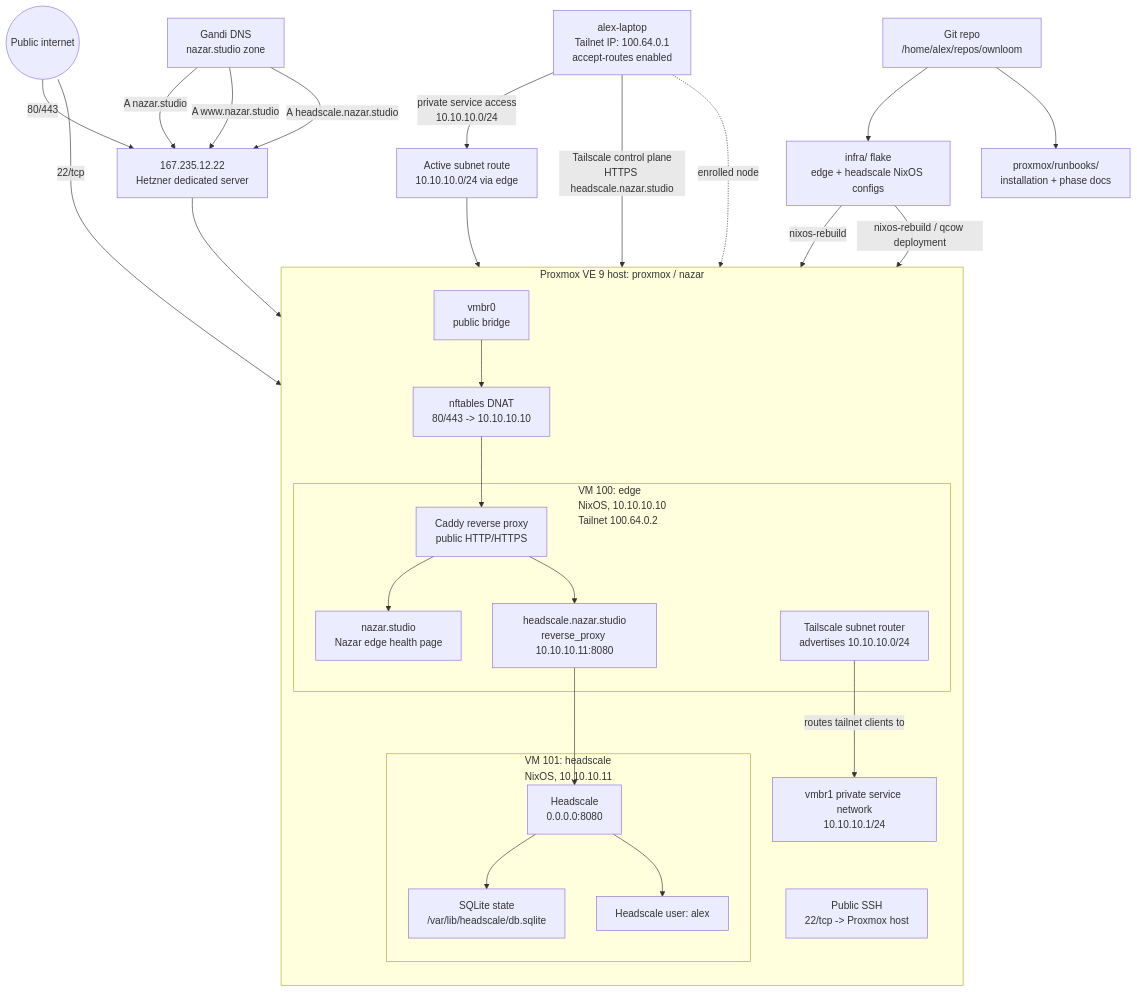
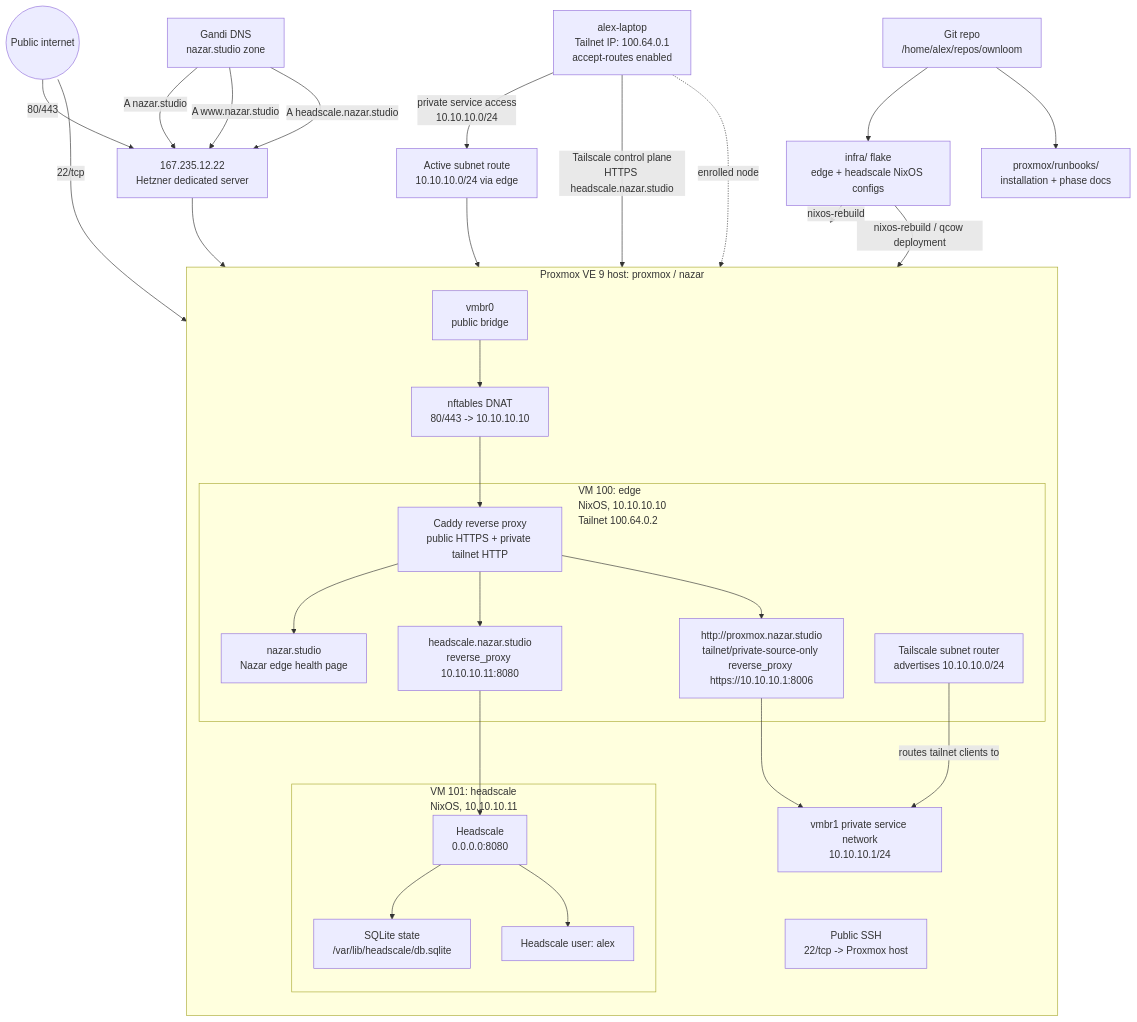
One commit to piBloom/pi-bloom changed the first of 4 diagrams in ARCHITECTURE.md. Above: the diagram before and after it, drawn with Mermaid. The commit also changed other lines of this file and 3 other files, not shown here.

Commit message:
feat(infra): add tailnet proxmox gateway

````diff
--- a/ARCHITECTURE.md
+++ b/ARCHITECTURE.md
@@ -9,51 +9,53 @@
 ```mermaid
 flowchart TB
   internet((Public internet))
   gandi["Gandi DNS\nnazar.studio zone"]
   publicIP["167.235.12.22\nHetzner dedicated server"]
 
   subgraph host["Proxmox VE 9 host: proxmox / nazar"]
     direction TB
     ssh["Public SSH\n22/tcp -> Proxmox host"]
     vmbr0["vmbr0\npublic bridge"]
     nft["nftables DNAT\n80/443 -> 10.10.10.10"]
     vmbr1["vmbr1 private service network\n10.10.10.1/24"]
 
     subgraph edge["VM 100: edge\nNixOS, 10.10.10.10\nTailnet 100.64.0.2"]
-      caddy["Caddy reverse proxy\npublic HTTP/HTTPS"]
+      caddy["Caddy reverse proxy\npublic HTTPS + private tailnet HTTP"]
       tailscaled["Tailscale subnet router\nadvertises 10.10.10.0/24"]
       edgeHealth["nazar.studio\nNazar edge health page"]
       headscaleVhost["headscale.nazar.studio\nreverse_proxy 10.10.10.11:8080"]
+      proxmoxVhost["http://proxmox.nazar.studio\ntailnet/private-source-only reverse_proxy https://10.10.10.1:8006"]
     end
 
     subgraph hs["VM 101: headscale\nNixOS, 10.10.10.11"]
       headscale["Headscale\n0.0.0.0:8080"]
       sqlite["SQLite state\n/var/lib/headscale/db.sqlite"]
       userAlex["Headscale user: alex"]
     end
   end
 
   laptop["alex-laptop\nTailnet IP: 100.64.0.1\naccept-routes enabled"]
   subnetRoute["Active subnet route\n10.10.10.0/24 via edge"]
   repo["Git repo\n/home/alex/repos/ownloom"]
   infraFlake["infra/ flake\nedge + headscale NixOS configs"]
   runbooks["proxmox/runbooks/\ninstallation + phase docs"]
 
   gandi -->|"A nazar.studio"| publicIP
   gandi -->|"A www.nazar.studio"| publicIP
   gandi -->|"A headscale.nazar.studio"| publicIP
   internet -->|"22/tcp"| ssh
   internet -->|"80/443"| publicIP --> vmbr0 --> nft --> caddy
   caddy --> edgeHealth
   caddy --> headscaleVhost --> headscale
+  caddy --> proxmoxVhost --> vmbr1
   headscale --> sqlite
   headscale --> userAlex
   laptop -->|"Tailscale control plane\nHTTPS headscale.nazar.studio"| caddy
   laptop -.->|"enrolled node"| userAlex
   tailscaled -->|"routes tailnet clients to"| vmbr1
   laptop -->|"private service access\n10.10.10.0/24"| subnetRoute --> tailscaled
   repo --> infraFlake
   repo --> runbooks
   infraFlake -->|"nixos-rebuild"| edge
   infraFlake -->|"nixos-rebuild / qcow deployment"| hs
 ```
````
